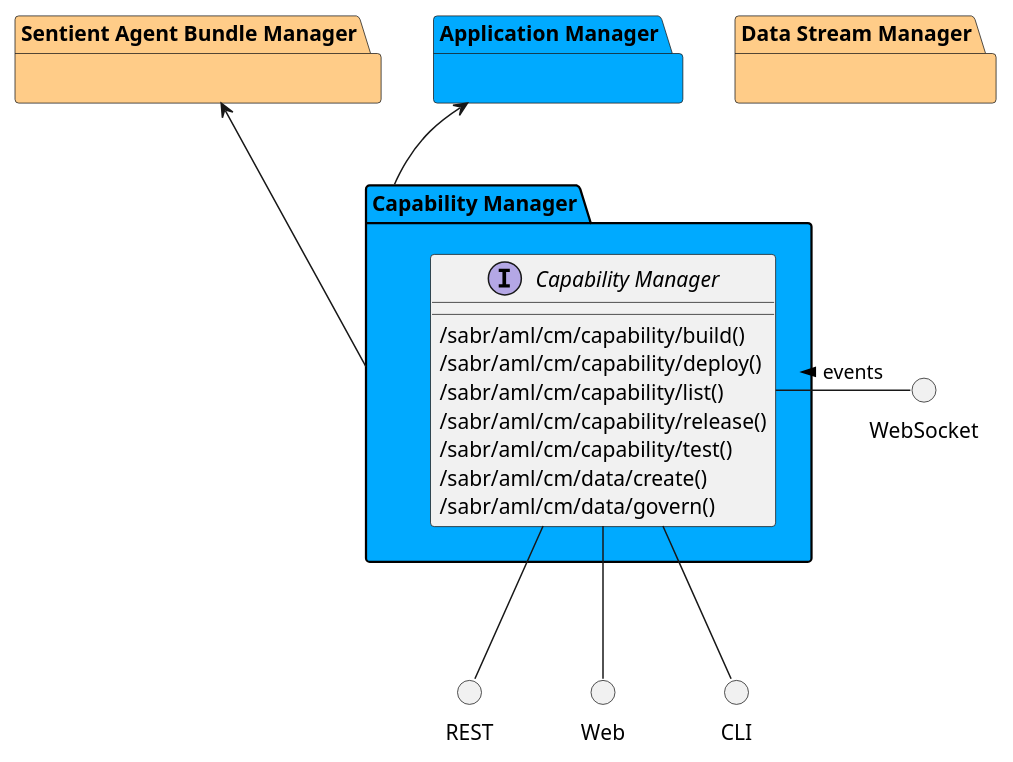
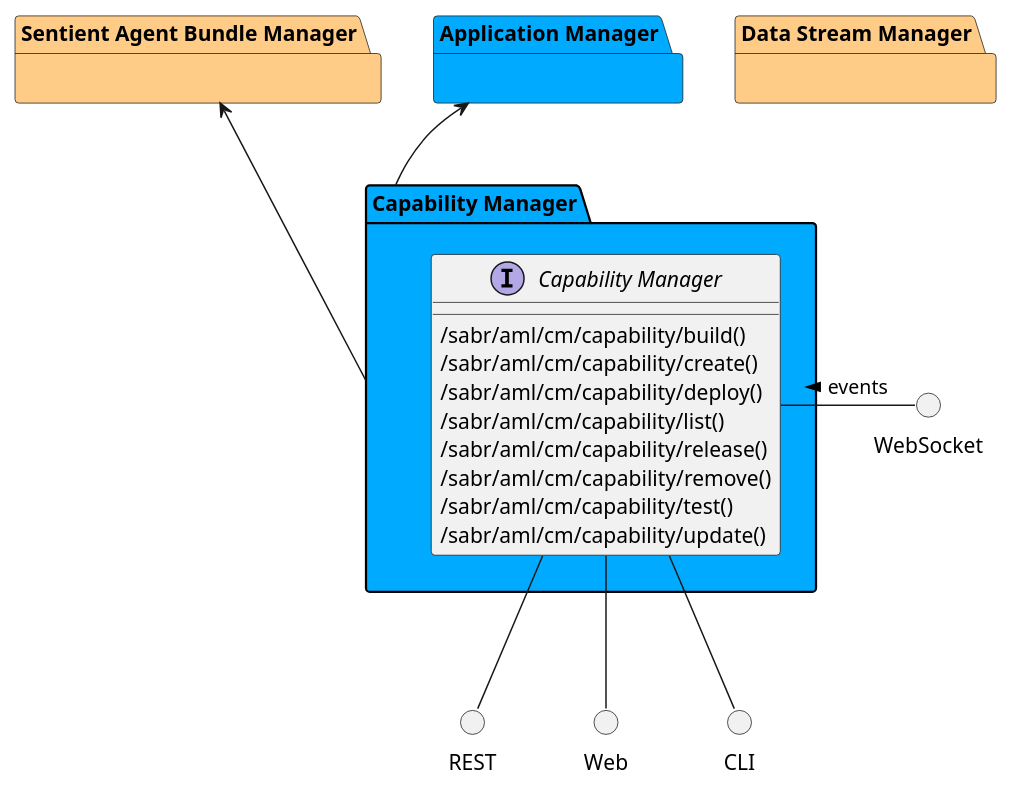
One commit to madajaju/sabr changed the diagram in docs/sabr/aml/cm/subpackage.puml. Above: the diagram before and after it, drawn with PlantUML. The commit also changed 484 other files, not shown here.

```diff
--- a/docs/sabr/aml/cm/subpackage.puml
+++ b/docs/sabr/aml/cm/subpackage.puml
@@ -1,57 +1,58 @@
 @startuml
 
 
 package "Sentient Agent Bundle Manager" #ffcc88 {
 
 }
 
 package "Application Manager" #00aaff {
 
 }
 
 package "Data Stream Manager" #ffcc88 {
 
 }
 
 package "Capability Manager" #00aaff {
 
 }
 
 
 package "Capability Manager" #00aaff {
 
     interface "Capability Manager" as i {
     
             /sabr/aml/cm/capability/build()
+            /sabr/aml/cm/capability/create()
             /sabr/aml/cm/capability/deploy()
             /sabr/aml/cm/capability/list()
             /sabr/aml/cm/capability/release()
+            /sabr/aml/cm/capability/remove()
             /sabr/aml/cm/capability/test()
-            /sabr/aml/cm/data/create()
-            /sabr/aml/cm/data/govern()
+            /sabr/aml/cm/capability/update()
     
     }
 }
 
 circle REST
 circle Web
 circle CLI
 circle WebSocket
 
 i -down- Web
 i -down- CLI
 i -down- REST
 WebSocket -left- i: events >
 
 package "Capability Manager" #00aaff {
 
 
 }
 
 
     "Sentient Agent Bundle Manager" <-- "Capability Manager"
 
     "Application Manager" <-- "Capability Manager"
 
 
 @enduml
```
